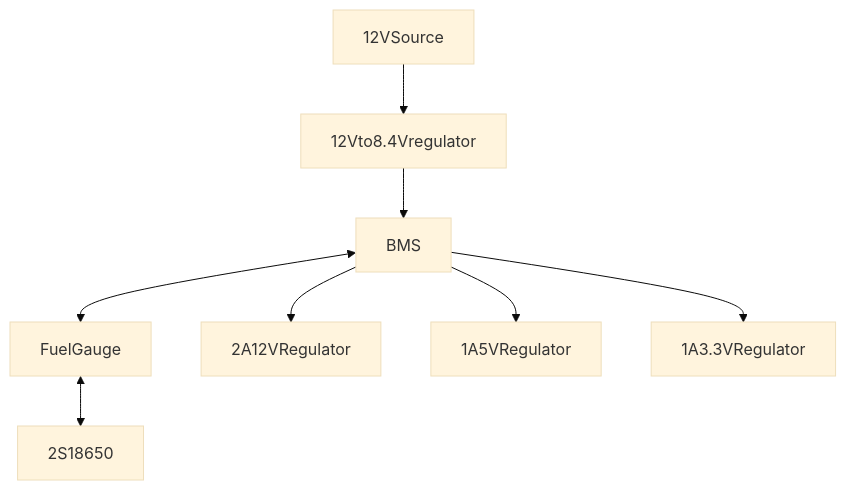
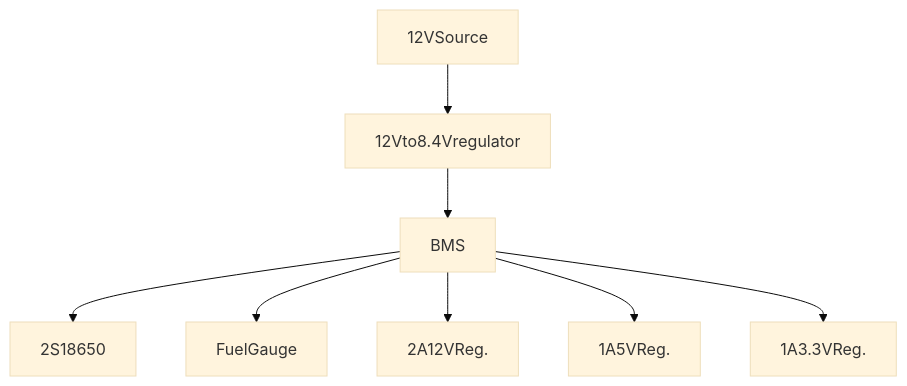
One commit to k6V457/maturitni_prace changed the diagram in obsidian/Elektronika/PCB-ROBOT.md. Above: the diagram before and after it, drawn with Mermaid (base theme). The commit also changed other lines of this file and 61 other files, not shown here.

````diff
--- a/obsidian/Elektronika/PCB-ROBOT.md
+++ b/obsidian/Elektronika/PCB-ROBOT.md
@@ -2,11 +2,11 @@
 ```mermaid
 graph TD
 
 12VSource --> 12Vto8.4Vregulator --> BMS
-
-BMS <--> FuelGauge <--> 2S18650
-BMS --> 2A12VRegulator
-BMS --> 1A5VRegulator
-BMS --> 1A3.3VRegulator
+BMS --> 2S18650
+BMS --> FuelGauge
+BMS --> 2A12VReg.
+BMS --> 1A5VReg.
+BMS --> 1A3.3VReg.
 
 ```
````
